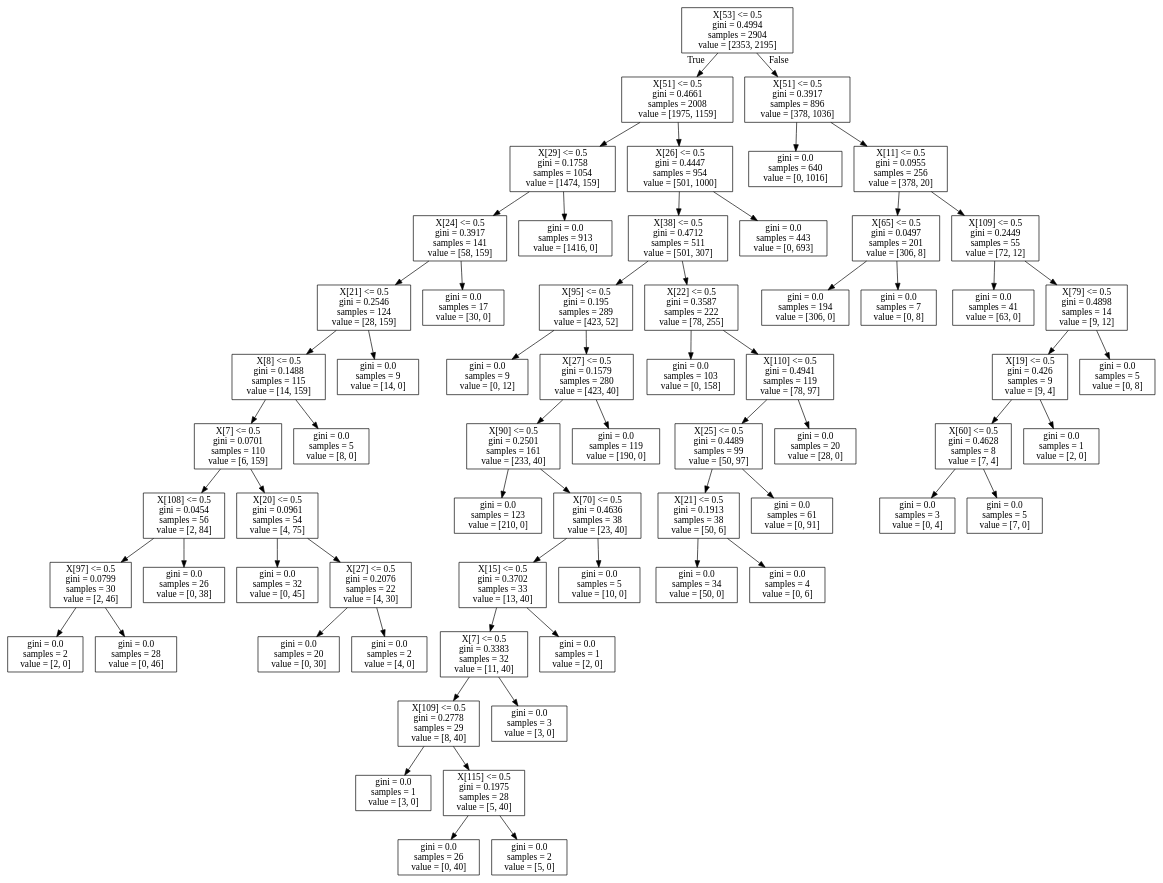
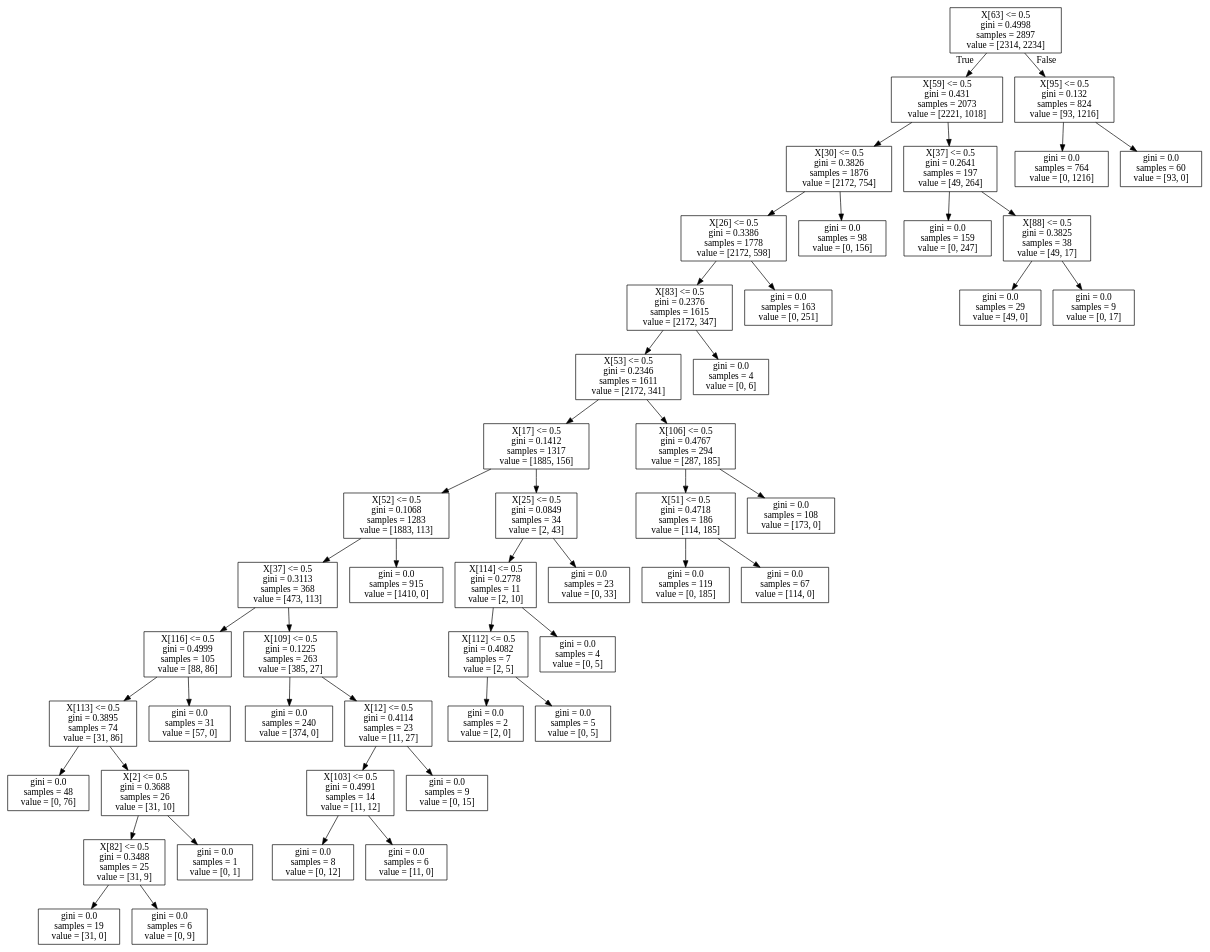
Before and after one commit to CaptainDredge/DSG-Entry-Data-Science-Competition: the diagram in tree_0.dot, drawn with Graphviz. The commit also changed 18 other files, not shown here.

```diff
--- a/tree_0.dot
+++ b/tree_0.dot
@@ -1,132 +1,100 @@
 digraph Tree {
 node [shape=box] ;
-0 [label="X[53] <= 0.5\ngini = 0.4994\nsamples = 2904\nvalue = [2353, 2195]"] ;
-1 [label="X[51] <= 0.5\ngini = 0.4661\nsamples = 2008\nvalue = [1975, 1159]"] ;
+0 [label="X[63] <= 0.5\ngini = 0.4998\nsamples = 2897\nvalue = [2314, 2234]"] ;
+1 [label="X[59] <= 0.5\ngini = 0.431\nsamples = 2073\nvalue = [2221, 1018]"] ;
 0 -> 1 [labeldistance=2.5, labelangle=45, headlabel="True"] ;
-2 [label="X[29] <= 0.5\ngini = 0.1758\nsamples = 1054\nvalue = [1474, 159]"] ;
+2 [label="X[30] <= 0.5\ngini = 0.3826\nsamples = 1876\nvalue = [2172, 754]"] ;
 1 -> 2 ;
-3 [label="X[24] <= 0.5\ngini = 0.3917\nsamples = 141\nvalue = [58, 159]"] ;
+3 [label="X[26] <= 0.5\ngini = 0.3386\nsamples = 1778\nvalue = [2172, 598]"] ;
 2 -> 3 ;
-4 [label="X[21] <= 0.5\ngini = 0.2546\nsamples = 124\nvalue = [28, 159]"] ;
+4 [label="X[83] <= 0.5\ngini = 0.2376\nsamples = 1615\nvalue = [2172, 347]"] ;
 3 -> 4 ;
-5 [label="X[8] <= 0.5\ngini = 0.1488\nsamples = 115\nvalue = [14, 159]"] ;
+5 [label="X[53] <= 0.5\ngini = 0.2346\nsamples = 1611\nvalue = [2172, 341]"] ;
 4 -> 5 ;
-6 [label="X[7] <= 0.5\ngini = 0.0701\nsamples = 110\nvalue = [6, 159]"] ;
+6 [label="X[17] <= 0.5\ngini = 0.1412\nsamples = 1317\nvalue = [1885, 156]"] ;
 5 -> 6 ;
-7 [label="X[108] <= 0.5\ngini = 0.0454\nsamples = 56\nvalue = [2, 84]"] ;
+7 [label="X[52] <= 0.5\ngini = 0.1068\nsamples = 1283\nvalue = [1883, 113]"] ;
 6 -> 7 ;
-8 [label="X[97] <= 0.5\ngini = 0.0799\nsamples = 30\nvalue = [2, 46]"] ;
+8 [label="X[37] <= 0.5\ngini = 0.3113\nsamples = 368\nvalue = [473, 113]"] ;
 7 -> 8 ;
-9 [label="gini = 0.0\nsamples = 2\nvalue = [2, 0]"] ;
+9 [label="X[116] <= 0.5\ngini = 0.4999\nsamples = 105\nvalue = [88, 86]"] ;
 8 -> 9 ;
-10 [label="gini = 0.0\nsamples = 28\nvalue = [0, 46]"] ;
-8 -> 10 ;
-11 [label="gini = 0.0\nsamples = 26\nvalue = [0, 38]"] ;
-7 -> 11 ;
-12 [label="X[20] <= 0.5\ngini = 0.0961\nsamples = 54\nvalue = [4, 75]"] ;
-6 -> 12 ;
-13 [label="gini = 0.0\nsamples = 32\nvalue = [0, 45]"] ;
+10 [label="X[113] <= 0.5\ngini = 0.3895\nsamples = 74\nvalue = [31, 86]"] ;
+9 -> 10 ;
+11 [label="gini = 0.0\nsamples = 48\nvalue = [0, 76]"] ;
+10 -> 11 ;
+12 [label="X[2] <= 0.5\ngini = 0.3688\nsamples = 26\nvalue = [31, 10]"] ;
+10 -> 12 ;
+13 [label="X[82] <= 0.5\ngini = 0.3488\nsamples = 25\nvalue = [31, 9]"] ;
 12 -> 13 ;
-14 [label="X[27] <= 0.5\ngini = 0.2076\nsamples = 22\nvalue = [4, 30]"] ;
-12 -> 14 ;
-15 [label="gini = 0.0\nsamples = 20\nvalue = [0, 30]"] ;
-14 -> 15 ;
-16 [label="gini = 0.0\nsamples = 2\nvalue = [4, 0]"] ;
-14 -> 16 ;
-17 [label="gini = 0.0\nsamples = 5\nvalue = [8, 0]"] ;
-5 -> 17 ;
-18 [label="gini = 0.0\nsamples = 9\nvalue = [14, 0]"] ;
-4 -> 18 ;
-19 [label="gini = 0.0\nsamples = 17\nvalue = [30, 0]"] ;
-3 -> 19 ;
-20 [label="gini = 0.0\nsamples = 913\nvalue = [1416, 0]"] ;
-2 -> 20 ;
-21 [label="X[26] <= 0.5\ngini = 0.4447\nsamples = 954\nvalue = [501, 1000]"] ;
-1 -> 21 ;
-22 [label="X[38] <= 0.5\ngini = 0.4712\nsamples = 511\nvalue = [501, 307]"] ;
+14 [label="gini = 0.0\nsamples = 19\nvalue = [31, 0]"] ;
+13 -> 14 ;
+15 [label="gini = 0.0\nsamples = 6\nvalue = [0, 9]"] ;
+13 -> 15 ;
+16 [label="gini = 0.0\nsamples = 1\nvalue = [0, 1]"] ;
+12 -> 16 ;
+17 [label="gini = 0.0\nsamples = 31\nvalue = [57, 0]"] ;
+9 -> 17 ;
+18 [label="X[109] <= 0.5\ngini = 0.1225\nsamples = 263\nvalue = [385, 27]"] ;
+8 -> 18 ;
+19 [label="gini = 0.0\nsamples = 240\nvalue = [374, 0]"] ;
+18 -> 19 ;
+20 [label="X[12] <= 0.5\ngini = 0.4114\nsamples = 23\nvalue = [11, 27]"] ;
+18 -> 20 ;
+21 [label="X[103] <= 0.5\ngini = 0.4991\nsamples = 14\nvalue = [11, 12]"] ;
+20 -> 21 ;
+22 [label="gini = 0.0\nsamples = 8\nvalue = [0, 12]"] ;
 21 -> 22 ;
-23 [label="X[95] <= 0.5\ngini = 0.195\nsamples = 289\nvalue = [423, 52]"] ;
-22 -> 23 ;
-24 [label="gini = 0.0\nsamples = 9\nvalue = [0, 12]"] ;
-23 -> 24 ;
-25 [label="X[27] <= 0.5\ngini = 0.1579\nsamples = 280\nvalue = [423, 40]"] ;
-23 -> 25 ;
-26 [label="X[90] <= 0.5\ngini = 0.2501\nsamples = 161\nvalue = [233, 40]"] ;
-25 -> 26 ;
-27 [label="gini = 0.0\nsamples = 123\nvalue = [210, 0]"] ;
+23 [label="gini = 0.0\nsamples = 6\nvalue = [11, 0]"] ;
+21 -> 23 ;
+24 [label="gini = 0.0\nsamples = 9\nvalue = [0, 15]"] ;
+20 -> 24 ;
+25 [label="gini = 0.0\nsamples = 915\nvalue = [1410, 0]"] ;
+7 -> 25 ;
+26 [label="X[25] <= 0.5\ngini = 0.0849\nsamples = 34\nvalue = [2, 43]"] ;
+6 -> 26 ;
+27 [label="X[114] <= 0.5\ngini = 0.2778\nsamples = 11\nvalue = [2, 10]"] ;
 26 -> 27 ;
-28 [label="X[70] <= 0.5\ngini = 0.4636\nsamples = 38\nvalue = [23, 40]"] ;
-26 -> 28 ;
-29 [label="X[15] <= 0.5\ngini = 0.3702\nsamples = 33\nvalue = [13, 40]"] ;
+28 [label="X[112] <= 0.5\ngini = 0.4082\nsamples = 7\nvalue = [2, 5]"] ;
+27 -> 28 ;
+29 [label="gini = 0.0\nsamples = 2\nvalue = [2, 0]"] ;
 28 -> 29 ;
-30 [label="X[7] <= 0.5\ngini = 0.3383\nsamples = 32\nvalue = [11, 40]"] ;
-29 -> 30 ;
-31 [label="X[109] <= 0.5\ngini = 0.2778\nsamples = 29\nvalue = [8, 40]"] ;
-30 -> 31 ;
-32 [label="gini = 0.0\nsamples = 1\nvalue = [3, 0]"] ;
-31 -> 32 ;
-33 [label="X[115] <= 0.5\ngini = 0.1975\nsamples = 28\nvalue = [5, 40]"] ;
-31 -> 33 ;
-34 [label="gini = 0.0\nsamples = 26\nvalue = [0, 40]"] ;
+30 [label="gini = 0.0\nsamples = 5\nvalue = [0, 5]"] ;
+28 -> 30 ;
+31 [label="gini = 0.0\nsamples = 4\nvalue = [0, 5]"] ;
+27 -> 31 ;
+32 [label="gini = 0.0\nsamples = 23\nvalue = [0, 33]"] ;
+26 -> 32 ;
+33 [label="X[106] <= 0.5\ngini = 0.4767\nsamples = 294\nvalue = [287, 185]"] ;
+5 -> 33 ;
+34 [label="X[51] <= 0.5\ngini = 0.4718\nsamples = 186\nvalue = [114, 185]"] ;
 33 -> 34 ;
-35 [label="gini = 0.0\nsamples = 2\nvalue = [5, 0]"] ;
-33 -> 35 ;
-36 [label="gini = 0.0\nsamples = 3\nvalue = [3, 0]"] ;
-30 -> 36 ;
-37 [label="gini = 0.0\nsamples = 1\nvalue = [2, 0]"] ;
-29 -> 37 ;
-38 [label="gini = 0.0\nsamples = 5\nvalue = [10, 0]"] ;
-28 -> 38 ;
-39 [label="gini = 0.0\nsamples = 119\nvalue = [190, 0]"] ;
-25 -> 39 ;
-40 [label="X[22] <= 0.5\ngini = 0.3587\nsamples = 222\nvalue = [78, 255]"] ;
-22 -> 40 ;
-41 [label="gini = 0.0\nsamples = 103\nvalue = [0, 158]"] ;
-40 -> 41 ;
-42 [label="X[110] <= 0.5\ngini = 0.4941\nsamples = 119\nvalue = [78, 97]"] ;
-40 -> 42 ;
-43 [label="X[25] <= 0.5\ngini = 0.4489\nsamples = 99\nvalue = [50, 97]"] ;
-42 -> 43 ;
-44 [label="X[21] <= 0.5\ngini = 0.1913\nsamples = 38\nvalue = [50, 6]"] ;
+35 [label="gini = 0.0\nsamples = 119\nvalue = [0, 185]"] ;
+34 -> 35 ;
+36 [label="gini = 0.0\nsamples = 67\nvalue = [114, 0]"] ;
+34 -> 36 ;
+37 [label="gini = 0.0\nsamples = 108\nvalue = [173, 0]"] ;
+33 -> 37 ;
+38 [label="gini = 0.0\nsamples = 4\nvalue = [0, 6]"] ;
+4 -> 38 ;
+39 [label="gini = 0.0\nsamples = 163\nvalue = [0, 251]"] ;
+3 -> 39 ;
+40 [label="gini = 0.0\nsamples = 98\nvalue = [0, 156]"] ;
+2 -> 40 ;
+41 [label="X[37] <= 0.5\ngini = 0.2641\nsamples = 197\nvalue = [49, 264]"] ;
+1 -> 41 ;
+42 [label="gini = 0.0\nsamples = 159\nvalue = [0, 247]"] ;
+41 -> 42 ;
+43 [label="X[88] <= 0.5\ngini = 0.3825\nsamples = 38\nvalue = [49, 17]"] ;
+41 -> 43 ;
+44 [label="gini = 0.0\nsamples = 29\nvalue = [49, 0]"] ;
 43 -> 44 ;
-45 [label="gini = 0.0\nsamples = 34\nvalue = [50, 0]"] ;
-44 -> 45 ;
-46 [label="gini = 0.0\nsamples = 4\nvalue = [0, 6]"] ;
-44 -> 46 ;
-47 [label="gini = 0.0\nsamples = 61\nvalue = [0, 91]"] ;
-43 -> 47 ;
-48 [label="gini = 0.0\nsamples = 20\nvalue = [28, 0]"] ;
-42 -> 48 ;
-49 [label="gini = 0.0\nsamples = 443\nvalue = [0, 693]"] ;
-21 -> 49 ;
-50 [label="X[51] <= 0.5\ngini = 0.3917\nsamples = 896\nvalue = [378, 1036]"] ;
-0 -> 50 [labeldistance=2.5, labelangle=-45, headlabel="False"] ;
-51 [label="gini = 0.0\nsamples = 640\nvalue = [0, 1016]"] ;
-50 -> 51 ;
-52 [label="X[11] <= 0.5\ngini = 0.0955\nsamples = 256\nvalue = [378, 20]"] ;
-50 -> 52 ;
-53 [label="X[65] <= 0.5\ngini = 0.0497\nsamples = 201\nvalue = [306, 8]"] ;
-52 -> 53 ;
-54 [label="gini = 0.0\nsamples = 194\nvalue = [306, 0]"] ;
-53 -> 54 ;
-55 [label="gini = 0.0\nsamples = 7\nvalue = [0, 8]"] ;
-53 -> 55 ;
-56 [label="X[109] <= 0.5\ngini = 0.2449\nsamples = 55\nvalue = [72, 12]"] ;
-52 -> 56 ;
-57 [label="gini = 0.0\nsamples = 41\nvalue = [63, 0]"] ;
-56 -> 57 ;
-58 [label="X[79] <= 0.5\ngini = 0.4898\nsamples = 14\nvalue = [9, 12]"] ;
-56 -> 58 ;
-59 [label="X[19] <= 0.5\ngini = 0.426\nsamples = 9\nvalue = [9, 4]"] ;
-58 -> 59 ;
-60 [label="X[60] <= 0.5\ngini = 0.4628\nsamples = 8\nvalue = [7, 4]"] ;
-59 -> 60 ;
-61 [label="gini = 0.0\nsamples = 3\nvalue = [0, 4]"] ;
-60 -> 61 ;
-62 [label="gini = 0.0\nsamples = 5\nvalue = [7, 0]"] ;
-60 -> 62 ;
-63 [label="gini = 0.0\nsamples = 1\nvalue = [2, 0]"] ;
-59 -> 63 ;
-64 [label="gini = 0.0\nsamples = 5\nvalue = [0, 8]"] ;
-58 -> 64 ;
+45 [label="gini = 0.0\nsamples = 9\nvalue = [0, 17]"] ;
+43 -> 45 ;
+46 [label="X[95] <= 0.5\ngini = 0.132\nsamples = 824\nvalue = [93, 1216]"] ;
+0 -> 46 [labeldistance=2.5, labelangle=-45, headlabel="False"] ;
+47 [label="gini = 0.0\nsamples = 764\nvalue = [0, 1216]"] ;
+46 -> 47 ;
+48 [label="gini = 0.0\nsamples = 60\nvalue = [93, 0]"] ;
+46 -> 48 ;
 }
```
